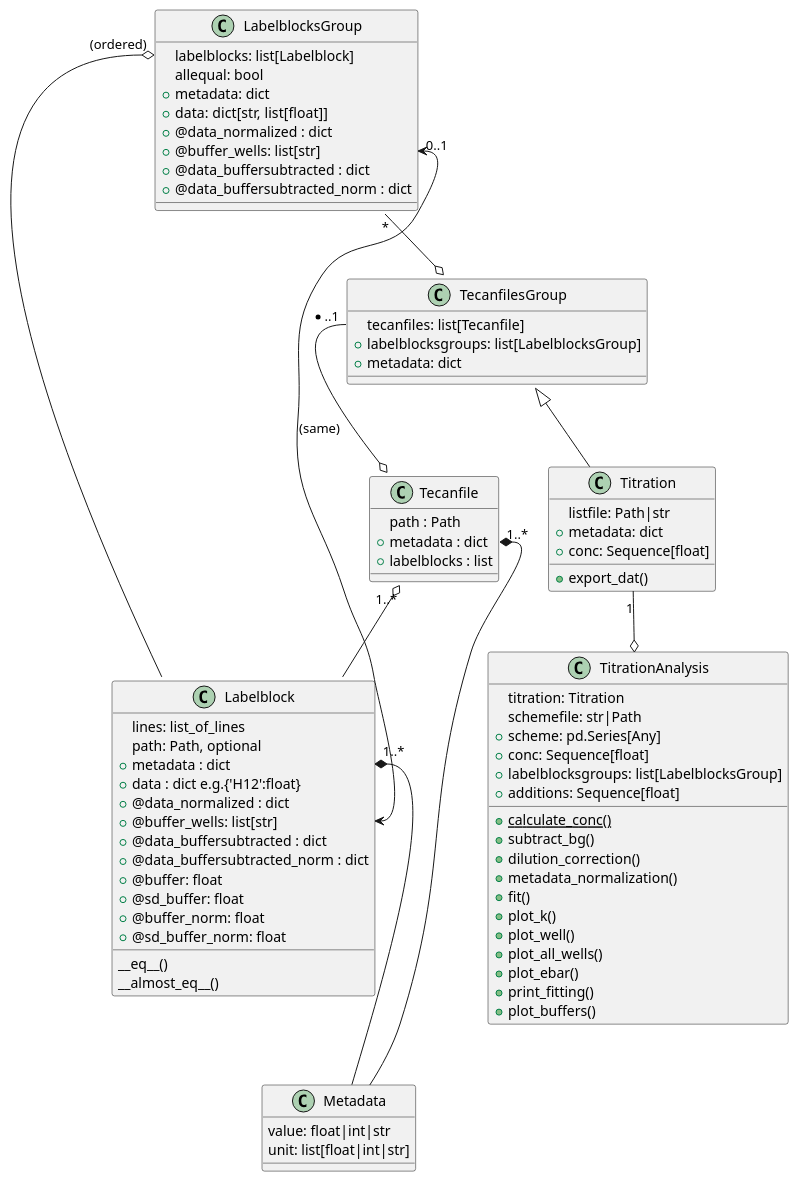
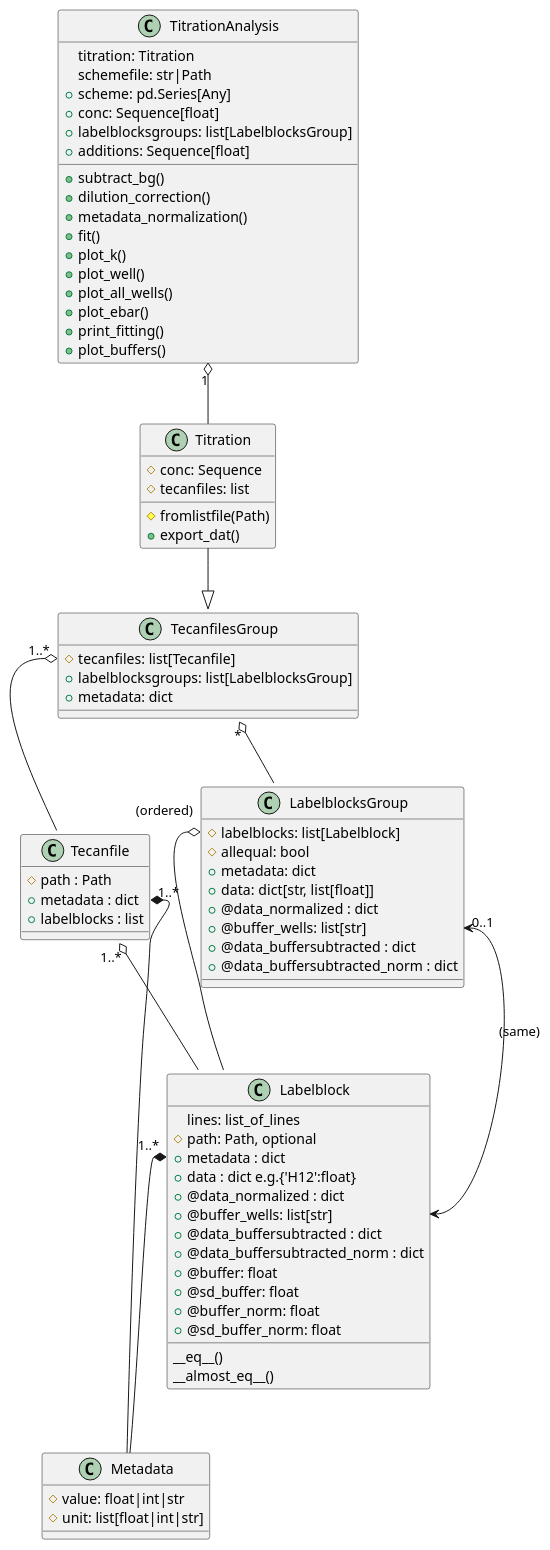
One commit to darosio/ClopHfit changed the diagram in docs/api/prtecan.uml.rst. Above: the diagram before and after it, drawn with PlantUML. The commit also changed 3 other files, not shown here.

Commit message:
refactor: up to titrationAnalysis

```diff
--- a/docs/api/prtecan.uml.rst
+++ b/docs/api/prtecan.uml.rst
@@ -2,7 +2,7 @@
 
    class Labelblock{
      lines: list_of_lines
-	 path: Path, optional
+	 #path: Path, optional
      +metadata : dict
      +data : dict e.g.{'H12':float}
      +@data_normalized : dict
@@ -18,14 +18,14 @@
    }
 
    class Tecanfile{
-     path : Path
+     #path : Path
 	 +metadata : dict
 	 +labelblocks : list
    }
 
    class Metadata{
-     value: float|int|str
-	 unit: list[float|int|str]
+     #value: float|int|str
+	 #unit: list[float|int|str]
    }
 
    Tecanfile "1..*" o-- Labelblock
@@ -33,8 +33,8 @@
    Labelblock::metadata "1..*" *-- Metadata
 
    class LabelblocksGroup{
-     labelblocks: list[Labelblock]
-	 allequal: bool
+     #labelblocks: list[Labelblock]
+	 #allequal: bool
 	 +metadata: dict
 	 +data: dict[str, list[float]]
      +@data_normalized : dict
@@ -46,24 +46,23 @@
    LabelblocksGroup::labelblocks "(ordered)" o-- Labelblock
    LabelblocksGroup::buffer_wells "0..1" <--> Labelblock::buffer_wells : (same)
 
-   LabelblocksGroup "*" --o TecanfilesGroup
-   TecanfilesGroup <|-- Titration
-   Titration "1" --o TitrationAnalysis
-
    class TecanfilesGroup{
-     tecanfiles: list[Tecanfile]
+     #tecanfiles: list[Tecanfile]
 	 +labelblocksgroups: list[LabelblocksGroup]
 	 +metadata: dict
    }
 
-   TecanfilesGroup::tecanfiles "*..1" --o Tecanfile
+   TecanfilesGroup "*" o-- LabelblocksGroup
+   TecanfilesGroup::tecanfiles "1..*" o-- Tecanfile
 
    class Titration{
-     listfile: Path|str
-	 +metadata: dict
-	 +conc: Sequence[float]
+     #conc: Sequence
+	 #tecanfiles: list
+	 #fromlistfile(Path)
 	 +export_dat()
    }
+
+   Titration --|> TecanfilesGroup
 
    class TitrationAnalysis{
      titration: Titration
@@ -72,7 +71,6 @@
 	 +conc: Sequence[float]
 	 +labelblocksgroups: list[LabelblocksGroup]
 	 +additions: Sequence[float]
-	 {static} +calculate_conc()
 	 +subtract_bg()
 	 +dilution_correction()
 	 +metadata_normalization()
@@ -84,3 +82,5 @@
 	 +print_fitting()
 	 +plot_buffers()
    }
+
+   TitrationAnalysis "1" o-- Titration
```
